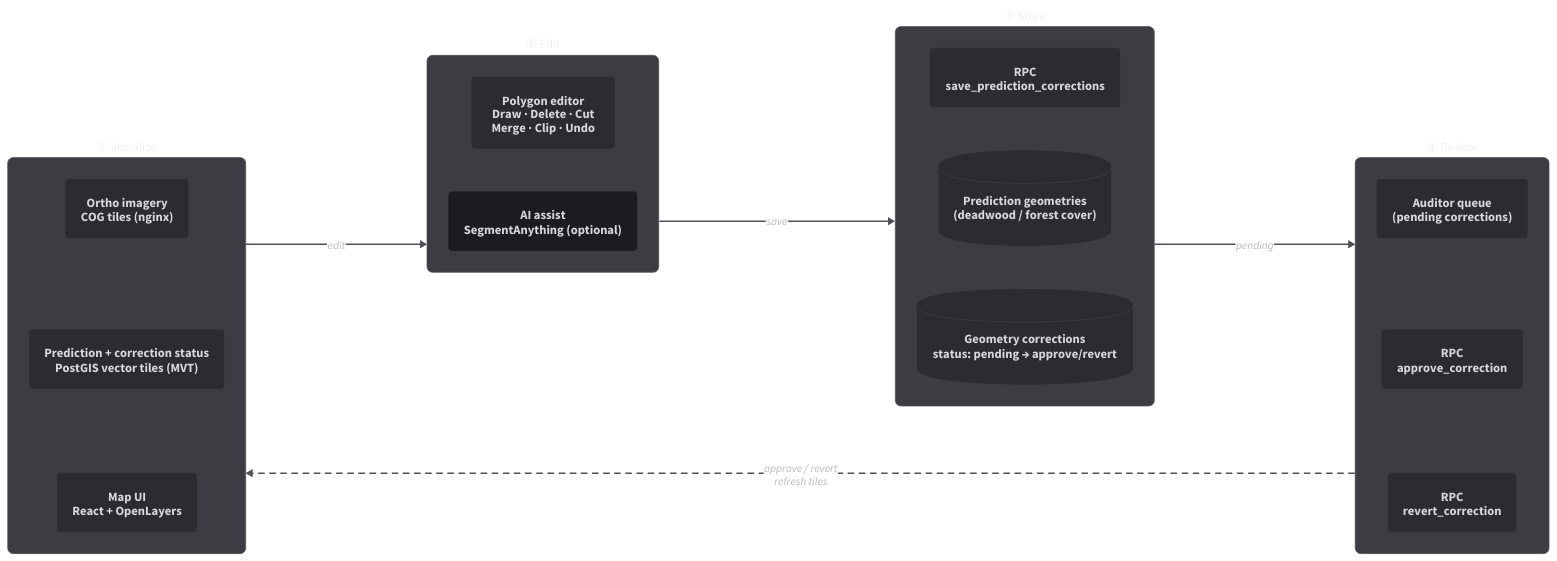
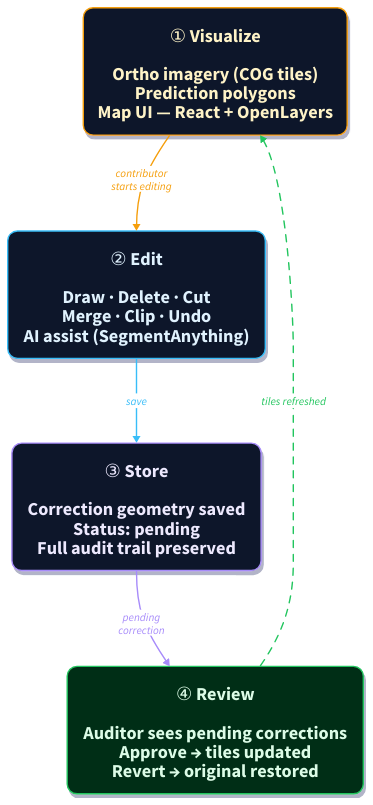
One commit to Deadwood-ai/deadtrees changed the diagram in docs/projects/geolabel/assets/geolabel-architecture.d2. Above: the diagram before and after it, drawn with D2. The commit also changed 2 other files, not shown here.

Commit message:
docs: update geolabel architecture diagram with new styles and structure
Revise styles for visualization, editing, storing, and reviewing classes with updated color schemes, dimensions, and shadow effects. Enhance diagram structure for improved clarity, including adjustments to transitions and labels. Replace existing SVG and PNG assets with updated versions reflecting these changes.

```diff
--- a/docs/projects/geolabel/assets/geolabel-architecture.d2
+++ b/docs/projects/geolabel/assets/geolabel-architecture.d2
@@ -1,102 +1,86 @@
-direction: right
+direction: down
 
 classes: {
-  node: {
+  visualize: {
     style: {
-      fill: "#2c2c30"
-      stroke: "#404046"
-      font-color: "#d8d8dc"
-      border-radius: 6
-      font-size: 18
-      stroke-width: 1
+      fill: "#0f172a"
+      stroke: "#f59e0b"
+      font-color: "#fef3c7"
+      border-radius: 14
+      font-size: 26
+      stroke-width: 2
+      shadow: true
     }
   }
-  hub: {
+  edit: {
     style: {
-      fill: "#3c3c42"
-      stroke: "#505058"
-      font-color: "#f0f0f2"
-      border-radius: 8
-      font-size: 18
-      stroke-width: 1
+      fill: "#0f172a"
+      stroke: "#38bdf8"
+      font-color: "#e0f2fe"
+      border-radius: 14
+      font-size: 26
+      stroke-width: 2
+      shadow: true
     }
   }
   store: {
-    shape: cylinder
     style: {
-      fill: "#2c2c30"
-      stroke: "#404046"
-      font-color: "#d8d8dc"
-      border-radius: 8
-      font-size: 18
-      stroke-width: 1
+      fill: "#0f172a"
+      stroke: "#a78bfa"
+      font-color: "#ede9fe"
+      border-radius: 14
+      font-size: 26
+      stroke-width: 2
+      shadow: true
     }
   }
-  ml: {
+  review: {
     style: {
-      fill: "#1c1c20"
-      stroke: "#404046"
-      font-color: "#d8d8dc"
-      border-radius: 6
-      font-size: 18
-      stroke-width: 1
+      fill: "#052e16"
+      stroke: "#22c55e"
+      font-color: "#dcfce7"
+      border-radius: 14
+      font-size: 26
+      stroke-width: 2
+      shadow: true
     }
   }
 }
 
-visualize: {
-  label: "① Visualize"
-  class: hub
-
-  ortho: "Ortho imagery\nCOG tiles (nginx)" { class: node }
-  tiles: "Prediction + correction status\nPostGIS vector tiles (MVT)" { class: node }
-  map: "Map UI\nReact + OpenLayers" { class: node }
-
+visualize: "① Visualize\n\nOrtho imagery (COG tiles)\nPrediction polygons\nMap UI — React + OpenLayers" {
+  class: visualize
 }
 
-edit: {
-  label: "② Edit"
-  class: hub
-
-  editor: "Polygon editor\nDraw · Delete · Cut\nMerge · Clip · Undo" { class: node }
-  ai: "AI assist\nSegmentAnything (optional)" { class: ml }
-
+edit: "② Edit\n\nDraw · Delete · Cut\nMerge · Clip · Undo\nAI assist (SegmentAnything)" {
+  class: edit
 }
 
-store: {
-  label: "③ Store"
-  class: hub
-
-  rpc: "RPC\nsave_prediction_corrections" { class: node }
-  preds: "Prediction geometries\n(deadwood / forest cover)" { class: store }
-  corr: "Geometry corrections\nstatus: pending → approve/revert" { class: store }
-
+store: "③ Store\n\nCorrection geometry saved\nStatus: pending\nFull audit trail preserved" {
+  class: store
 }
 
-review: {
-  label: "④ Review"
-  class: hub
-
-  auditor: "Auditor queue\n(pending corrections)" { class: node }
-  approve: "RPC\napprove_correction" { class: node }
-  revert: "RPC\nrevert_correction" { class: node }
-
+review: "④ Review\n\nAuditor sees pending corrections\nApprove → tiles updated\nRevert → original restored" {
+  class: review
 }
 
-visualize -> edit: "edit" {
-  style.stroke: "#505058"
-  style.font-color: "#b8b8be"
+visualize -> edit: "contributor\nstarts editing" {
+  style.stroke: "#f59e0b"
+  style.font-color: "#f59e0b"
+  style.stroke-width: 2
 }
 edit -> store: "save" {
-  style.stroke: "#505058"
-  style.font-color: "#b8b8be"
+  style.stroke: "#38bdf8"
+  style.font-color: "#38bdf8"
+  style.stroke-width: 2
 }
-store -> review: "pending" {
-  style.stroke: "#505058"
-  style.font-color: "#b8b8be"
+store -> review: "pending\ncorrection" {
+  style.stroke: "#a78bfa"
+  style.font-color: "#a78bfa"
+  style.stroke-width: 2
 }
-review -> visualize: "approve / revert\nrefresh tiles" {
-  style.stroke: "#505058"
-  style.stroke-dash: 4
-  style.font-color: "#b8b8be"
+review -> visualize: "tiles refreshed" {
+  style.stroke: "#22c55e"
+  style.stroke-dash: 5
+  style.font-color: "#22c55e"
+  style.stroke-width: 2
 }
```
